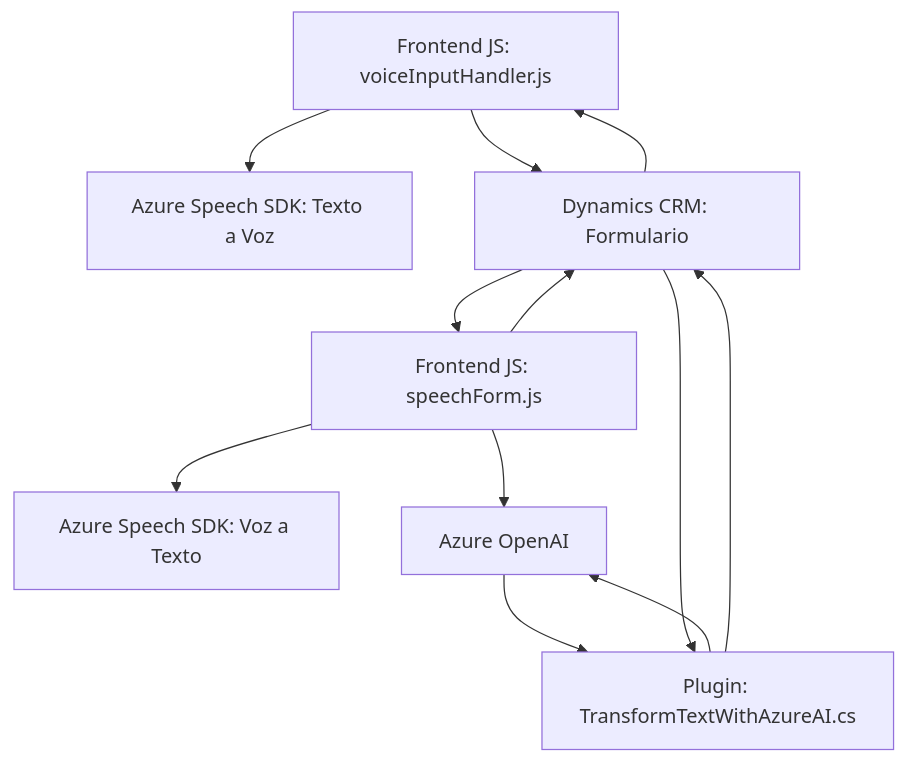
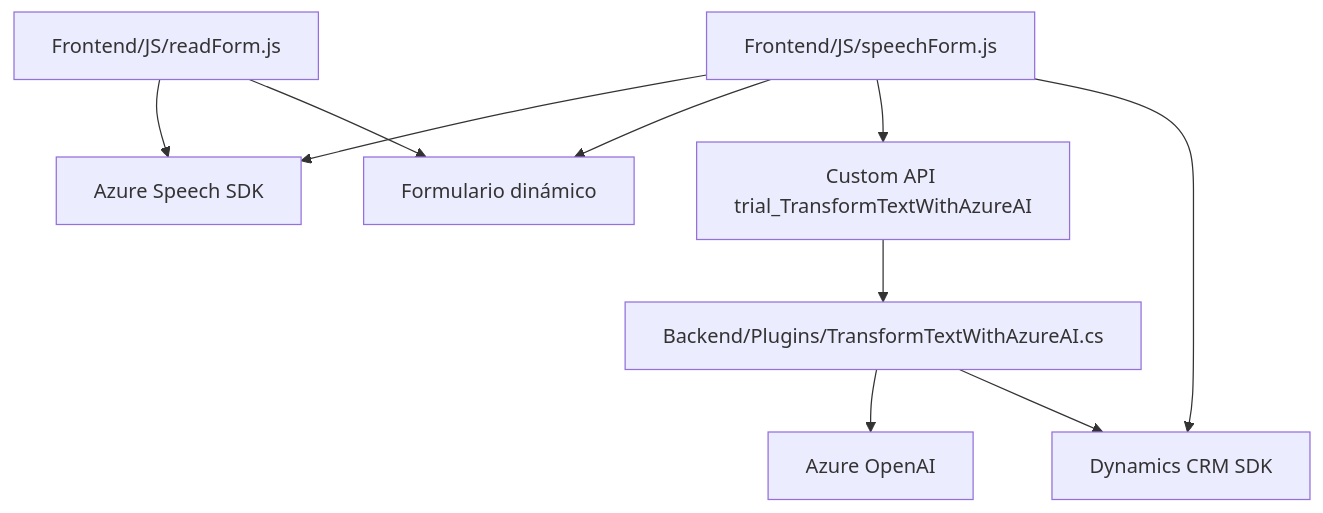
Before and after one commit to blopezdm/NETCORE_BILBAO2025: the diagram in README.md, drawn with Mermaid. The commit also changed other lines of this file, not shown here.

````diff
--- a/README.md
+++ b/README.md
@@ -22,24 +25,21 @@
 ```mermaid
 graph TD
-    A[Frontend JS: voiceInputHandler.js]
-    B[Frontend JS: speechForm.js]
-    C[Plugin: TransformTextWithAzureAI.cs]
-    D[Azure Speech SDK: Texto a Voz]
-    E[Azure Speech SDK: Voz a Texto]
-    F[Azure OpenAI]
-    G[Dynamics CRM: Formulario]
+    A["Frontend/JS/readForm.js"]
+    B["Frontend/JS/speechForm.js"]
+    C["Backend/Plugins/TransformTextWithAzureAI.cs"]
+    D["Azure Speech SDK"]
+    E["Dynamics CRM SDK"]
+    F["Azure OpenAI"]
+    G["Formulario dinámico"]
+    H["Custom API trial_TransformTextWithAzureAI"]
 
     A --> D
     A --> G
-    G --> A
-
+    B --> D
+    B --> G
+    B --> H
     B --> E
-    B --> G
-    G --> B
-    B --> F
-
     C --> F
-    F --> C
-    C --> G
-    G --> C
+    C --> E
+    H --> C
 ```
````
